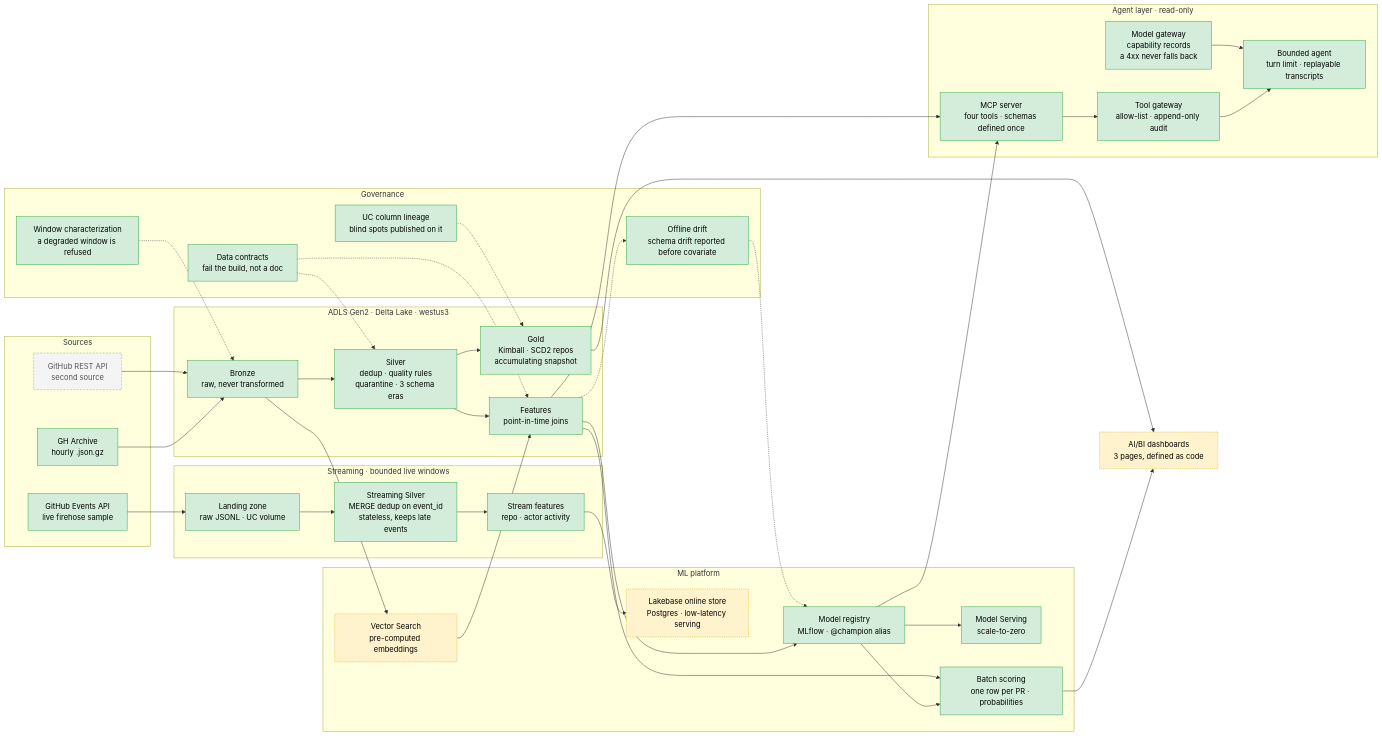
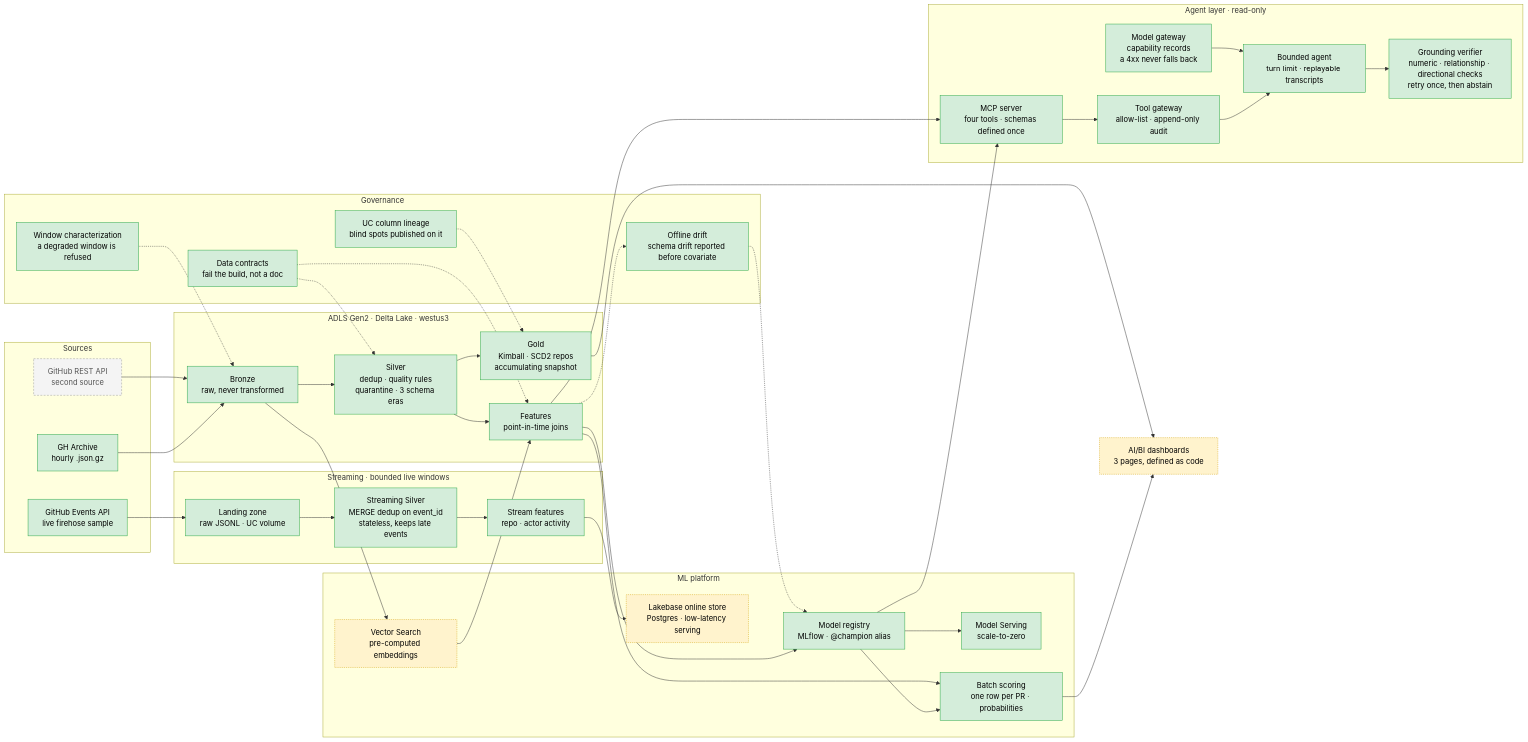
One commit to bsreecharanreddy/almanac changed the diagram in README.md. Above: the diagram before and after it, drawn with Mermaid. The commit also changed other lines of this file and 5 other files, not shown here.

````diff
--- a/README.md
+++ b/README.md
@@ -96,74 +144,76 @@
 ```mermaid
 flowchart LR
   subgraph src[Sources]
     GHA[GH Archive<br/>hourly .json.gz]
     API[GitHub REST API<br/>second source]
     EV[GitHub Events API<br/>live firehose sample]
   end
 
   subgraph lake[ADLS Gen2 · Delta Lake · westus3]
     B[Bronze<br/>raw, never transformed]
     S[Silver<br/>dedup · quality rules<br/>quarantine · 3 schema eras]
     G[Gold<br/>Kimball · SCD2 repos<br/>accumulating snapshot]
     F[Features<br/>point-in-time joins]
   end
 
   subgraph stream[Streaming · bounded live windows]
     L[Landing zone<br/>raw JSONL · UC volume]
     SS[Streaming Silver<br/>MERGE dedup on event_id<br/>stateless, keeps late events]
     SF[Stream features<br/>repo · actor activity]
   end
 
   subgraph ml[ML platform]
     R[Model registry<br/>MLflow · @champion alias]
     E[Model Serving<br/>scale-to-zero]
     P[Batch scoring<br/>one row per PR · probabilities]
     V[Vector Search<br/>pre-computed embeddings]
     O[Lakebase online store<br/>Postgres · low-latency serving]
   end
 
   subgraph gov[Governance]
     CT[Data contracts<br/>fail the build, not a doc]
     LN[UC column lineage<br/>blind spots published on it]
     WC[Window characterization<br/>a degraded window is refused]
     DR[Offline drift<br/>schema drift reported before covariate]
   end
 
   subgraph agent[Agent layer · read-only]
     MCP[MCP server<br/>four tools · schemas defined once]
     TG[Tool gateway<br/>allow-list · append-only audit]
     MG[Model gateway<br/>capability records<br/>a 4xx never falls back]
     AG[Bounded agent<br/>turn limit · replayable transcripts]
+    GV[Grounding verifier<br/>numeric · relationship · directional checks<br/>retry once, then abstain]
   end
 
   GHA --> B
   API --> B
   B --> S
   S --> G
   S --> F
   F --> R --> E
   R --> P
   F --> P
   P --> BI[AI/BI dashboards<br/>3 pages, defined as code]
   G --> BI
   B --> V
   V --> F
   EV --> L --> SS --> SF --> O
   CT -.-> S
   CT -.-> F
   LN -.-> G
   WC -.-> B
   F -.-> DR
   DR -.-> R
   F --> MCP
   R --> MCP
   MCP --> TG --> AG
   MG --> AG
+  AG --> GV
 
   classDef done fill:#d4edda,stroke:#28a745,color:#000
   classDef todo fill:#f4f4f4,stroke:#999,color:#555,stroke-dasharray:4 3
   classDef gone fill:#fff3cd,stroke:#d39e00,color:#000,stroke-dasharray:2 2
-  class GHA,B,S,G,F,R,E,P,EV,L,SS,SF,CT,LN,WC,DR,MCP,TG,MG,AG done
+  class GHA,B,S,G,F,R,E,P,EV,L,SS,SF,CT,LN,WC,DR,MCP,TG,MG,AG,GV done
   class API todo
   class V,O,BI gone
 ```
````
